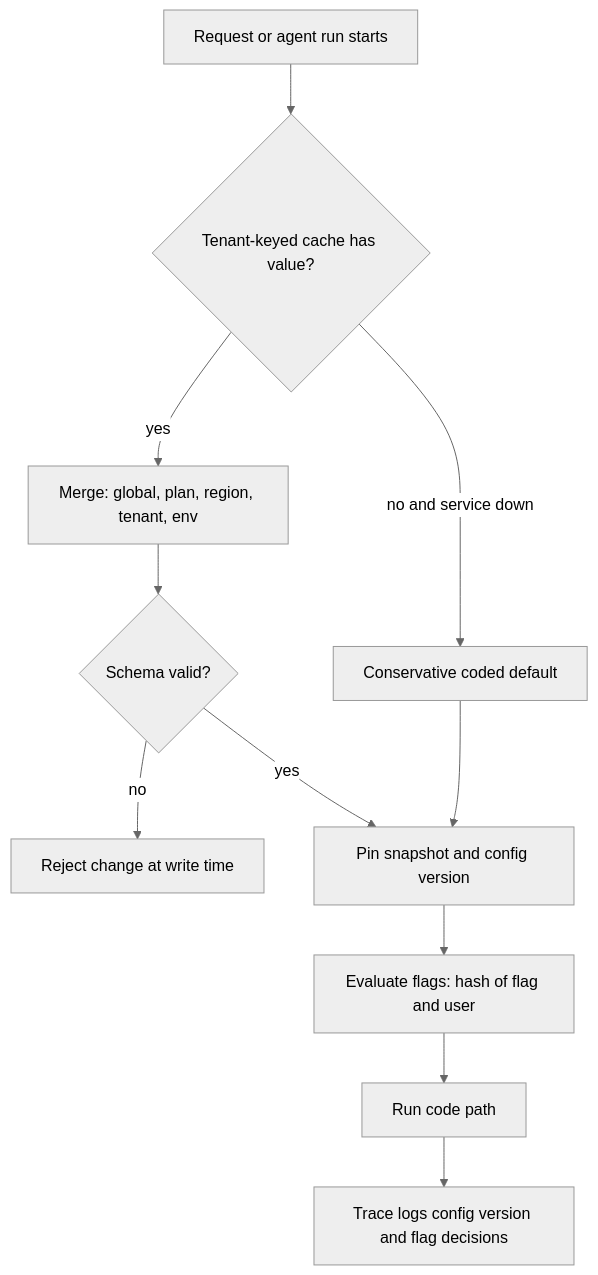
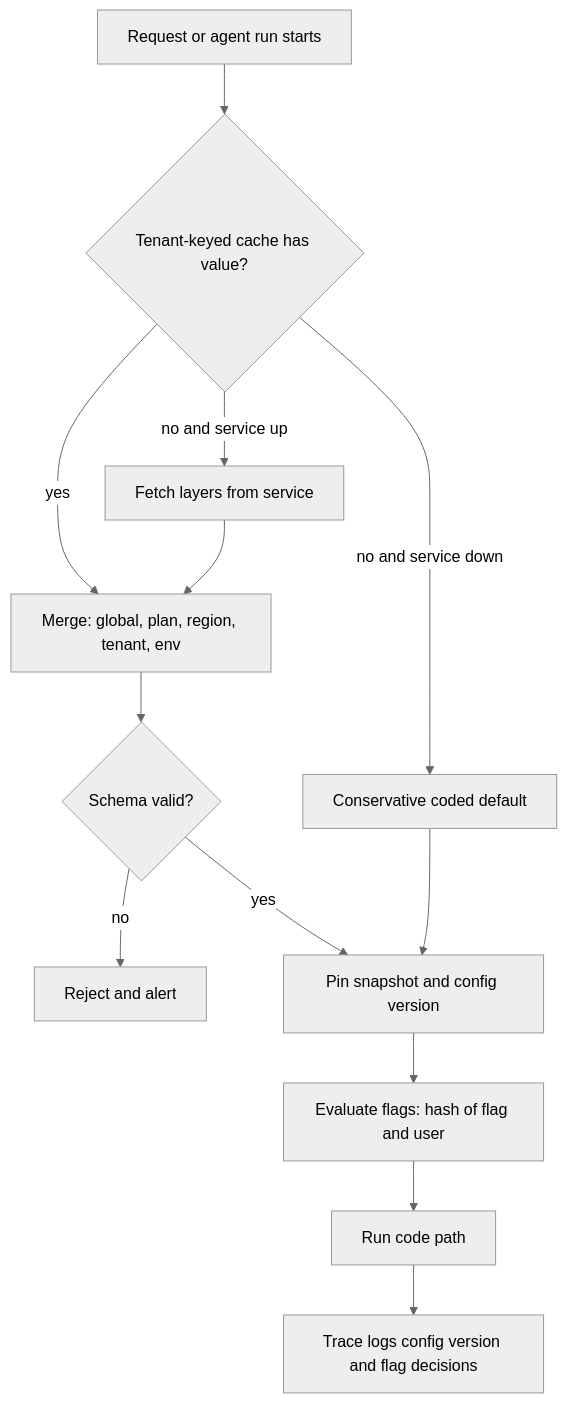
The diagram in content/enterprise-integration/tenant-specific-configuration-and-feature-flags.md (lovishmahajan97/agentic-learning), drawn with Mermaid (neutral theme) before and after one commit. The commit also changed other lines of this file and 348 other files, not shown here.

````diff
--- a/content/enterprise-integration/tenant-specific-configuration-and-feature-flags.md
+++ b/content/enterprise-integration/tenant-specific-configuration-and-feature-flags.md
@@ -150,13 +154,15 @@
 ```mermaid
 flowchart TD
     R["Request or agent run starts"] --> C{"Tenant-keyed cache has value?"}
     C -->|"no and service down"| D["Conservative coded default"]
     C -->|"yes"| M["Merge: global, plan, region, tenant, env"]
+    C -->|"no and service up"| S["Fetch layers from service"]
+    S --> M
     M --> V{"Schema valid?"}
-    V -->|"no"| E["Reject change at write time"]
+    V -->|"no"| E["Reject and alert"]
     V -->|"yes"| P["Pin snapshot and config version"]
     D --> P
     P --> F["Evaluate flags: hash of flag and user"]
     F --> X["Run code path"]
     X --> T["Trace logs config version and flag decisions"]
 ```
````
